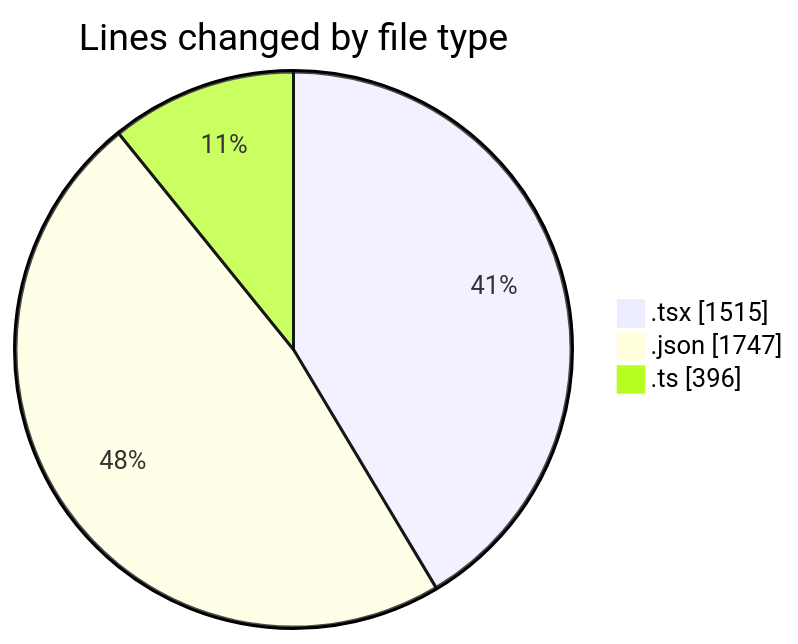
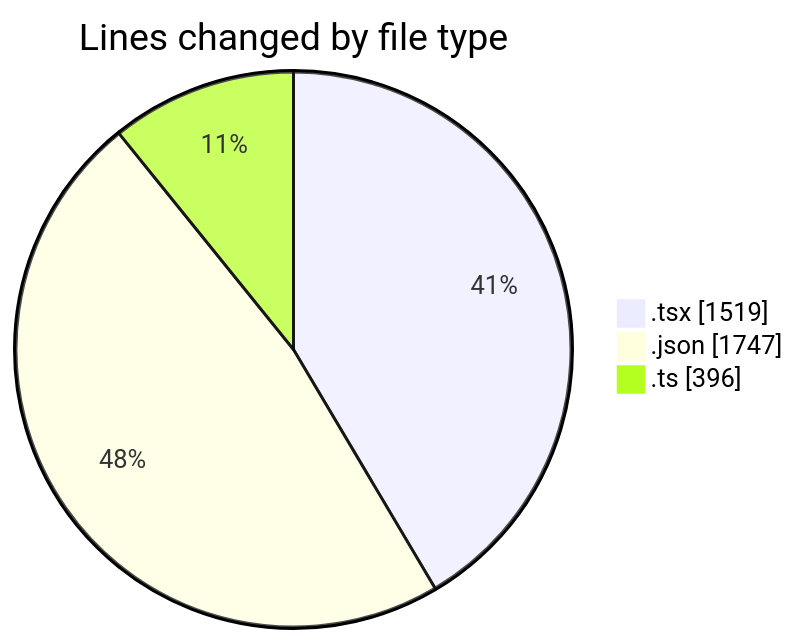
The first of 2 diagrams in 2025-10-30/eventscop-frontend-guide__workspace_/README.md (julien-gomy/code-tracking), drawn with Mermaid before and after one commit. The commit also changed other lines of this file and 1 other file, not shown here.

````diff
--- a/2025-10-30/eventscop-frontend-guide__workspace_/README.md
+++ b/2025-10-30/eventscop-frontend-guide__workspace_/README.md
@@ -32,7 +32,7 @@
 ```mermaid
 pie showData
 title Lines changed by file type
-".tsx" : 1515
+".tsx" : 1519
 ".json" : 1747
 ".ts" : 396
 ```
````
